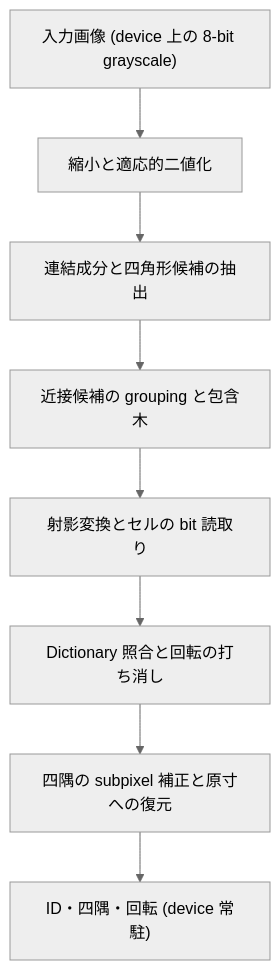
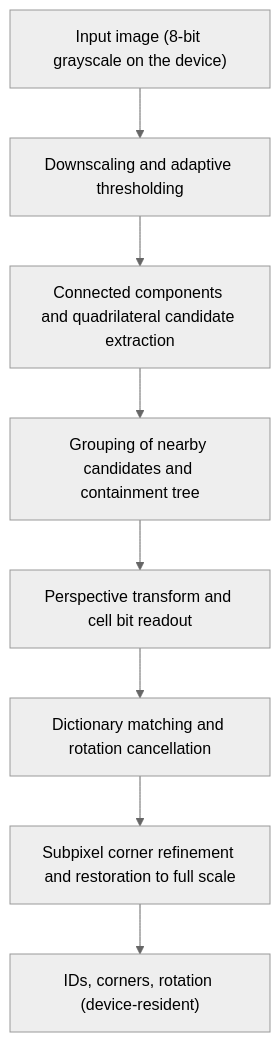
Before and after one commit to MasakazuTobeta/ArUco3-CUDA: the diagram in README.md, drawn with Mermaid (neutral theme). The commit also changed other lines of this file and 187 other files, not shown here.

````diff
--- a/README.md
+++ b/README.md
@@ -22,10 +22,10 @@
 ```mermaid
 flowchart TD
-    A["入力画像 (device 上の 8-bit grayscale)"] --> B["縮小と適応的二値化"]
-    B --> C["連結成分と四角形候補の抽出"]
-    C --> D["近接候補の grouping と包含木"]
-    D --> E["射影変換とセルの bit 読取り"]
-    E --> F["Dictionary 照合と回転の打ち消し"]
-    F --> G["四隅の subpixel 補正と原寸への復元"]
-    G --> H["ID・四隅・回転 (device 常駐)"]
+    A["Input image (8-bit grayscale on the device)"] --> B["Downscaling and adaptive thresholding"]
+    B --> C["Connected components and quadrilateral candidate extraction"]
+    C --> D["Grouping of nearby candidates and containment tree"]
+    D --> E["Perspective transform and cell bit readout"]
+    E --> F["Dictionary matching and rotation cancellation"]
+    F --> G["Subpixel corner refinement and restoration to full scale"]
+    G --> H["IDs, corners, rotation (device-resident)"]
 ```
````
